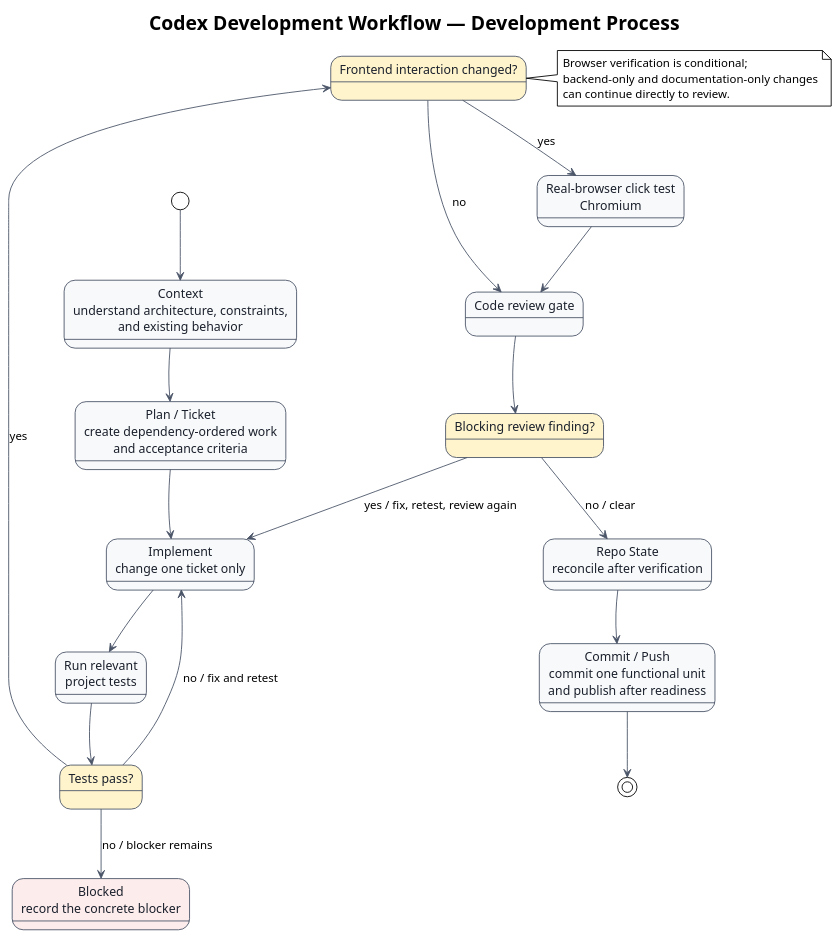
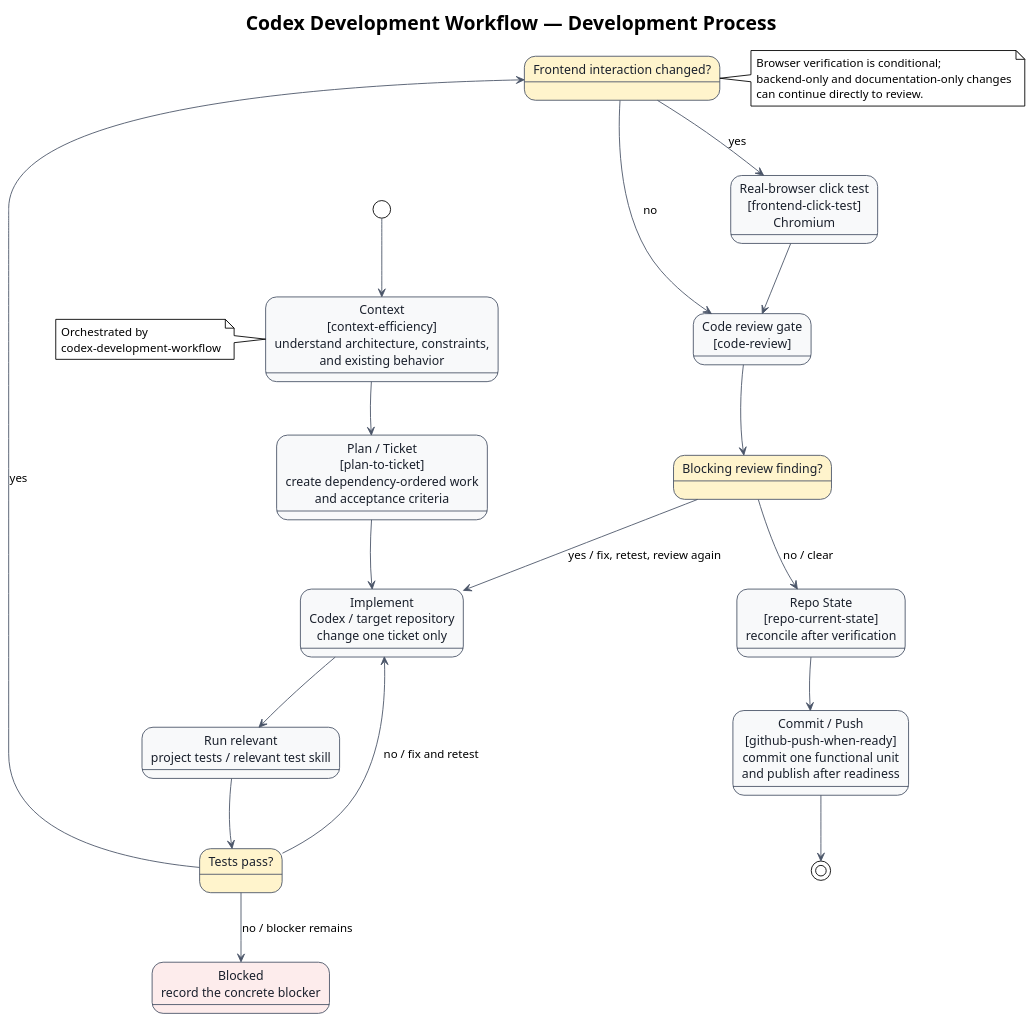
The diagram in docs/diagrams/architecture.puml (i-zrhe2016/codex-development-workflow), drawn with PlantUML before and after one commit. The commit also changed 2 other files, not shown here.

Commit message:
docs: show invoked skills in workflow diagram

```diff
--- a/docs/diagrams/architecture.puml
+++ b/docs/diagrams/architecture.puml
@@ -1,61 +1,66 @@
 @startuml
 !theme plain
 top to bottom direction
 skinparam backgroundColor #FFFFFF
 skinparam defaultFontName Arial
 skinparam ArrowColor #4A5568
 skinparam state {
   BackgroundColor #F8F9FA
   BorderColor #4A5568
   FontColor #1A202C
 }
 
 title Codex Development Workflow — Development Process
 
-state "Context\nunderstand architecture, constraints,\nand existing behavior" as context
-state "Plan / Ticket\ncreate dependency-ordered work\nand acceptance criteria" as plan
-state "Implement\nchange one ticket only" as implement
-state "Run relevant\nproject tests" as tests
+state "Context\n[context-efficiency]\nunderstand architecture, constraints,\nand existing behavior" as context
+state "Plan / Ticket\n[plan-to-ticket]\ncreate dependency-ordered work\nand acceptance criteria" as plan
+state "Implement\nCodex / target repository\nchange one ticket only" as implement
+state "Run relevant\nproject tests / relevant test skill" as tests
 state "Tests pass?" as tests_gate #FFF4CC
 state "Frontend interaction changed?" as frontend_gate #FFF4CC
-state "Real-browser click test\nChromium" as browser
-state "Code review gate" as review
+state "Real-browser click test\n[frontend-click-test]\nChromium" as browser
+state "Code review gate\n[code-review]" as review
 state "Blocking review finding?" as review_gate #FFF4CC
-state "Repo State\nreconcile after verification" as repo_state
-state "Commit / Push\ncommit one functional unit\nand publish after readiness" as publish
+state "Repo State\n[repo-current-state]\nreconcile after verification" as repo_state
+state "Commit / Push\n[github-push-when-ready]\ncommit one functional unit\nand publish after readiness" as publish
 state "Blocked\nrecord the concrete blocker" as blocked #FDECEC
 
 [*] --> context
 context --> plan
 plan --> implement
 implement --> tests
 tests --> tests_gate
 tests_gate --> frontend_gate : yes
 tests_gate --> implement : no / fix and retest
 tests_gate --> blocked : no / blocker remains
 frontend_gate --> browser : yes
 frontend_gate --> review : no
 browser --> review
 review --> review_gate
 review_gate --> repo_state : no / clear
 review_gate --> implement : yes / fix, retest, review again
 repo_state --> publish
 publish --> [*]
 
 context -[hidden]down-> plan
 plan -[hidden]down-> implement
 implement -[hidden]down-> tests
 tests -[hidden]down-> tests_gate
 tests_gate -[hidden]down-> frontend_gate
 frontend_gate -[hidden]down-> review
 review -[hidden]down-> review_gate
 review_gate -[hidden]down-> repo_state
 repo_state -[hidden]down-> publish
 
 note right of frontend_gate
 Browser verification is conditional;
 backend-only and documentation-only changes
 can continue directly to review.
 end note
 
+note left of context
+Orchestrated by
+codex-development-workflow
+end note
+
 @enduml
```
